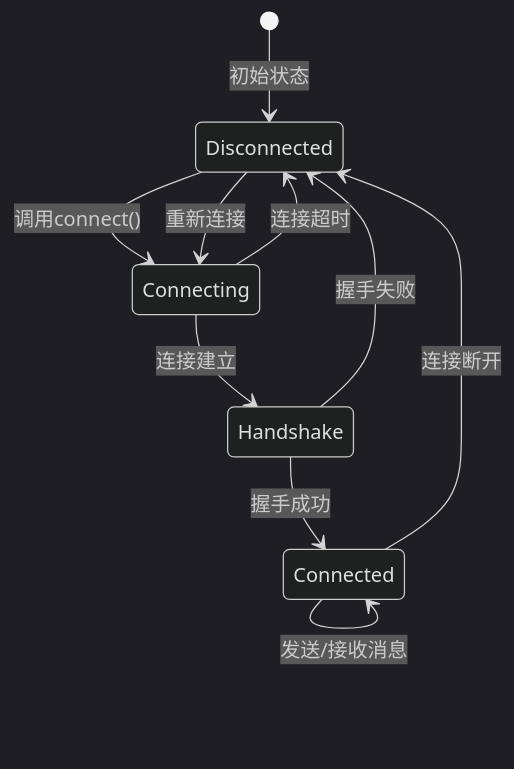
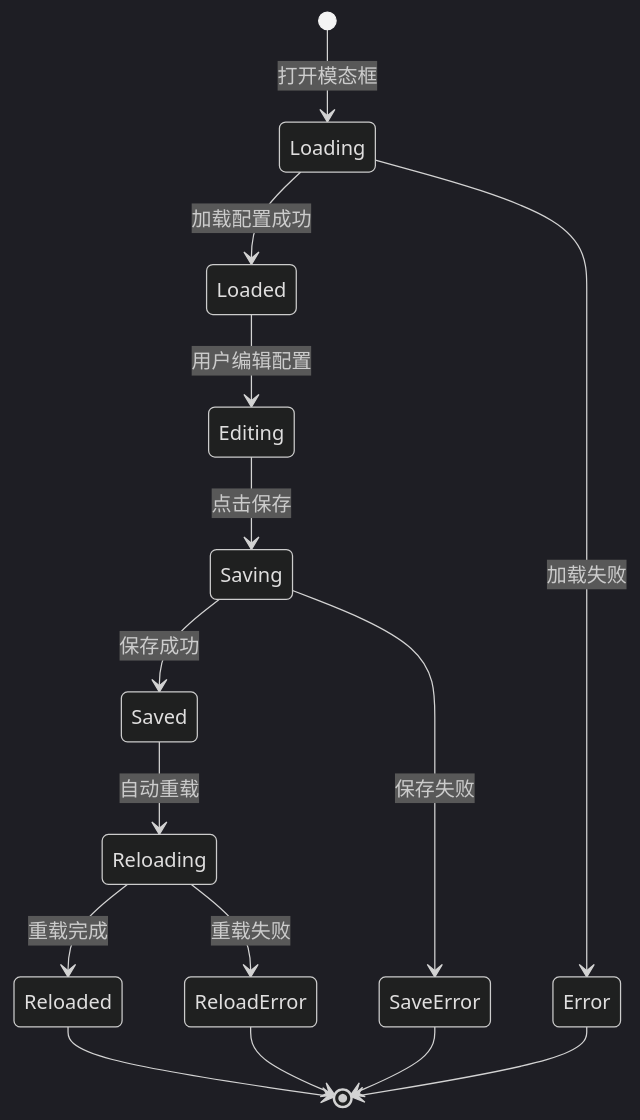
One commit to kqcoxn/MaaPipelineEditor changed the seventh of 9 diagrams in .qoder/repowiki/zh/content/用户界面/面板系统/配置面板/本地服务配置区域.md. Above: the diagram before and after it, drawn with Mermaid (dark theme). The commit also changed other lines of this file and 50 other files, not shown here.

````diff
--- a/.qoder/repowiki/zh/content/用户界面/面板系统/配置面板/本地服务配置区域.md
+++ b/.qoder/repowiki/zh/content/用户界面/面板系统/配置面板/本地服务配置区域.md
@@ -289,12 +308,17 @@
 ```mermaid
 stateDiagram-v2
-[*] --> Disconnected : 初始状态
-Disconnected --> Connecting : 调用connect()
-Connecting --> Handshake : 连接建立
-Handshake --> Connected : 握手成功
-Handshake --> Disconnected : 握手失败
-Connected --> Disconnected : 连接断开
-Connecting --> Disconnected : 连接超时
-Disconnected --> Connecting : 重新连接
-Connected --> Connected : 发送/接收消息
+[*] --> Loading : 打开模态框
+Loading --> Loaded : 加载配置成功
+Loading --> Error : 加载失败
+Loaded --> Editing : 用户编辑配置
+Editing --> Saving : 点击保存
+Saving --> Saved : 保存成功
+Saving --> SaveError : 保存失败
+Saved --> Reloading : 自动重载
+Reloading --> Reloaded : 重载完成
+Reloading --> ReloadError : 重载失败
+Reloaded --> [*]
+ReloadError --> [*]
+SaveError --> [*]
+Error --> [*]
 ```
````
